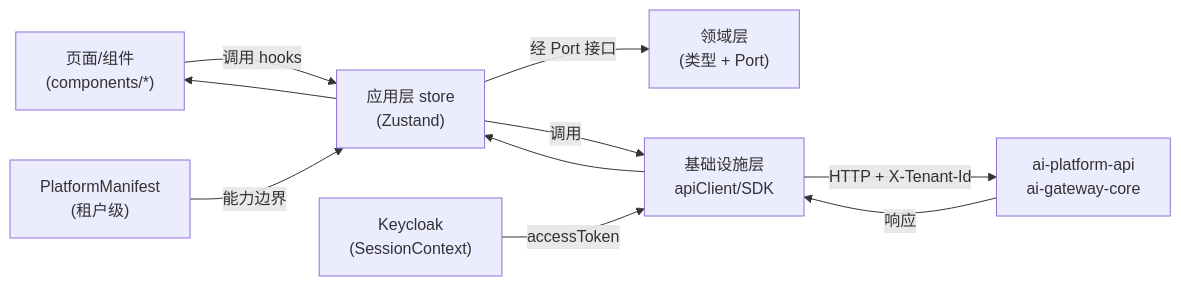
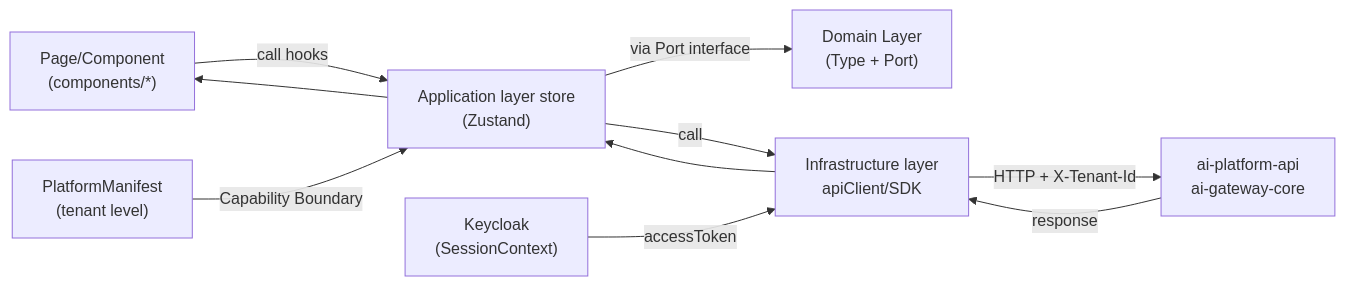
Before and after one commit to open-strata-ai/ai-portal-frontend: the first of 3 diagrams in design/DESIGN.md, drawn with Mermaid. The commit also changed other lines of this file and 9 other files, not shown here.

````diff
--- a/design/DESIGN.md
+++ b/design/DESIGN.md
@@ -85,10 +85,10 @@
 ```mermaid
 flowchart LR
-    UI["页面/组件<br/>(components/*)"] -->|"调用 hooks"| ST["应用层 store<br/>(Zustand)"]
-    ST -->|"经 Port 接口"| DOM["领域层<br/>(类型 + Port)"]
-    ST -->|"调用"| INF["基础设施层<br/>apiClient/SDK"]
+    UI["Page/Component<br/>(components/*)"] -->|"call hooks"| ST["Application layer store<br/>(Zustand)"]
+    ST -->|"via Port interface"| DOM["Domain Layer<br/>(Type + Port)"]
+    ST -->|"call"| INF["Infrastructure layer<br/>apiClient/SDK"]
     INF -->|"HTTP + X-Tenant-Id"| BE["ai-platform-api<br/>ai-gateway-core"]
-    BE -->|"响应"| INF --> ST --> UI
+    BE -->|"response"| INF --> ST --> UI
     AUTH["Keycloak<br/>(SessionContext)"] -->|"accessToken"| INF
-    MANI["PlatformManifest<br/>(租户级)"] -->|"能力边界"| ST
+    MANI["PlatformManifest<br/>(tenant level)"] -->|"Capability Boundary"| ST
 ```
````
